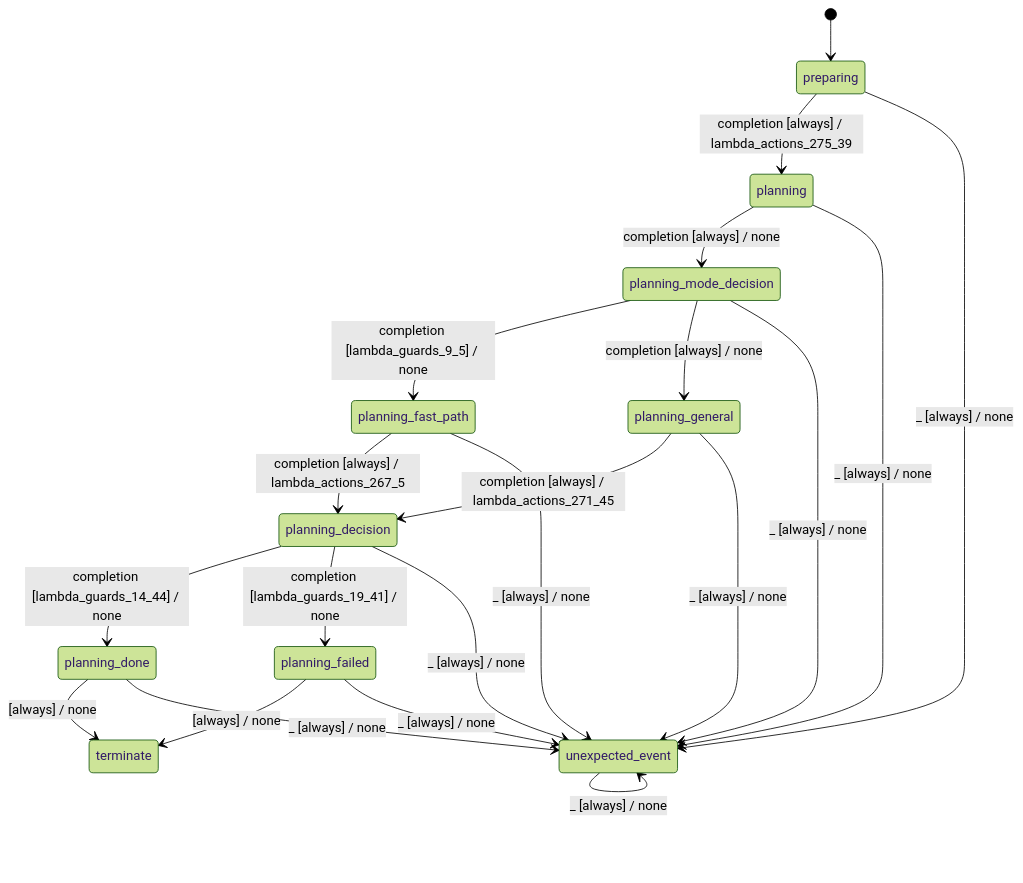
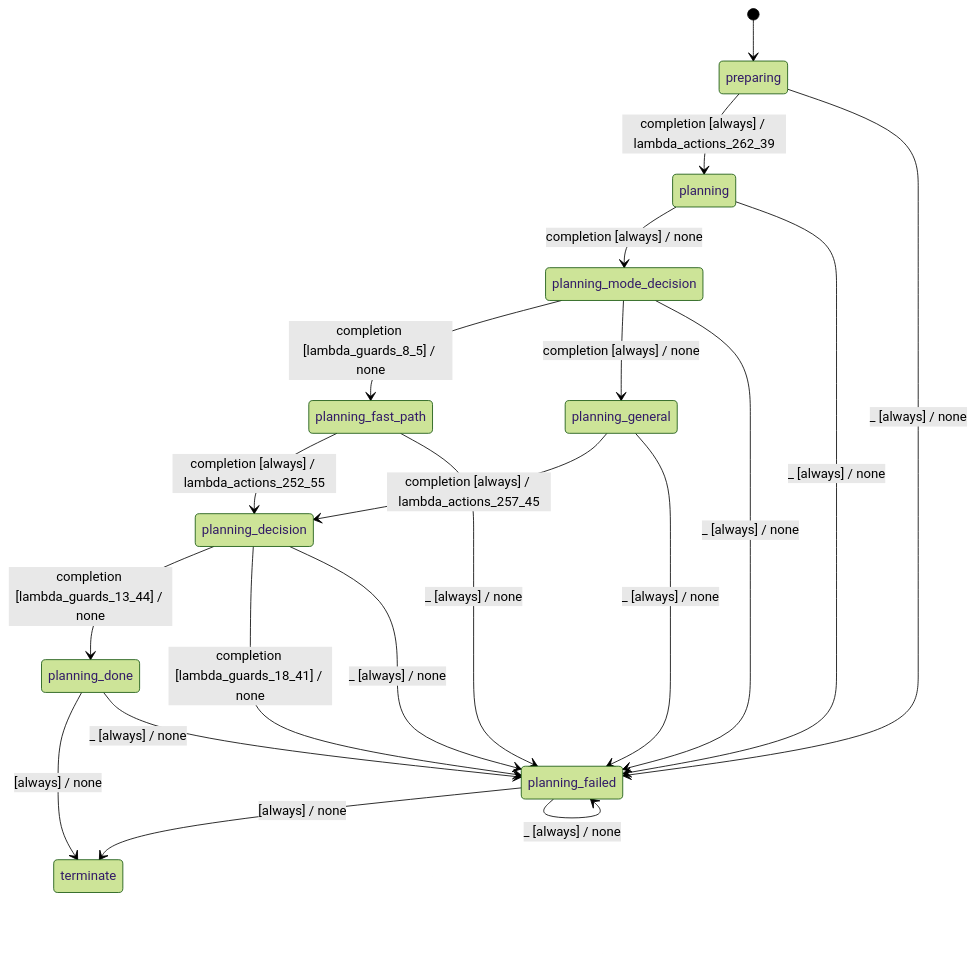
The diagram in docs/architecture/batch_planner_modes_equal.md (stateforward/emel.cpp), drawn with Mermaid (forest theme) before and after one commit. The commit also changed other lines of this file and 119 other files, not shown here.

Commit message:
Rearchitect state machines and align runtime transition modeling

````diff
--- a/docs/architecture/batch_planner_modes_equal.md
+++ b/docs/architecture/batch_planner_modes_equal.md
@@ -7,24 +7,23 @@
 ```mermaid
 stateDiagram-v2
   direction TB
   [*] --> preparing
-  preparing --> planning : completion [always] / lambda_actions_275_39
+  preparing --> planning : completion [always] / lambda_actions_262_39
   planning --> planning_mode_decision : completion [always] / none
-  planning_mode_decision --> planning_fast_path : completion [lambda_guards_9_5] / none
+  planning_mode_decision --> planning_fast_path : completion [lambda_guards_8_5] / none
   planning_mode_decision --> planning_general : completion [always] / none
-  planning_fast_path --> planning_decision : completion [always] / lambda_actions_267_5
-  planning_general --> planning_decision : completion [always] / lambda_actions_271_45
-  planning_decision --> planning_done : completion [lambda_guards_14_44] / none
-  planning_decision --> planning_failed : completion [lambda_guards_19_41] / none
+  planning_fast_path --> planning_decision : completion [always] / lambda_actions_252_55
+  planning_general --> planning_decision : completion [always] / lambda_actions_257_45
+  planning_decision --> planning_done : completion [lambda_guards_13_44] / none
+  planning_decision --> planning_failed : completion [lambda_guards_18_41] / none
   planning_done --> terminate : [always] / none
   planning_failed --> terminate : [always] / none
-  preparing --> unexpected_event : _ [always] / none
-  planning --> unexpected_event : _ [always] / none
-  planning_mode_decision --> unexpected_event : _ [always] / none
-  planning_fast_path --> unexpected_event : _ [always] / none
-  planning_general --> unexpected_event : _ [always] / none
-  planning_decision --> unexpected_event : _ [always] / none
-  planning_done --> unexpected_event : _ [always] / none
-  planning_failed --> unexpected_event : _ [always] / none
-  unexpected_event --> unexpected_event : _ [always] / none
+  preparing --> planning_failed : _ [always] / none
+  planning --> planning_failed : _ [always] / none
+  planning_mode_decision --> planning_failed : _ [always] / none
+  planning_fast_path --> planning_failed : _ [always] / none
+  planning_general --> planning_failed : _ [always] / none
+  planning_decision --> planning_failed : _ [always] / none
+  planning_done --> planning_failed : _ [always] / none
+  planning_failed --> planning_failed : _ [always] / none
 ```
````
